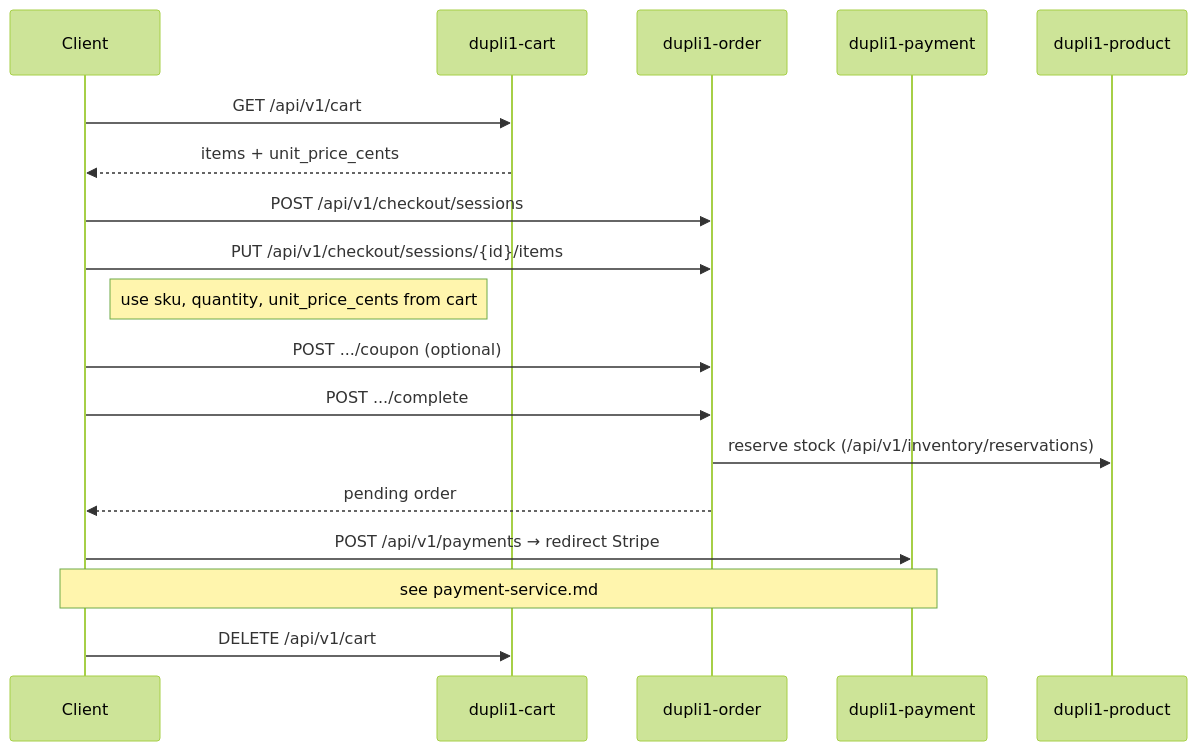
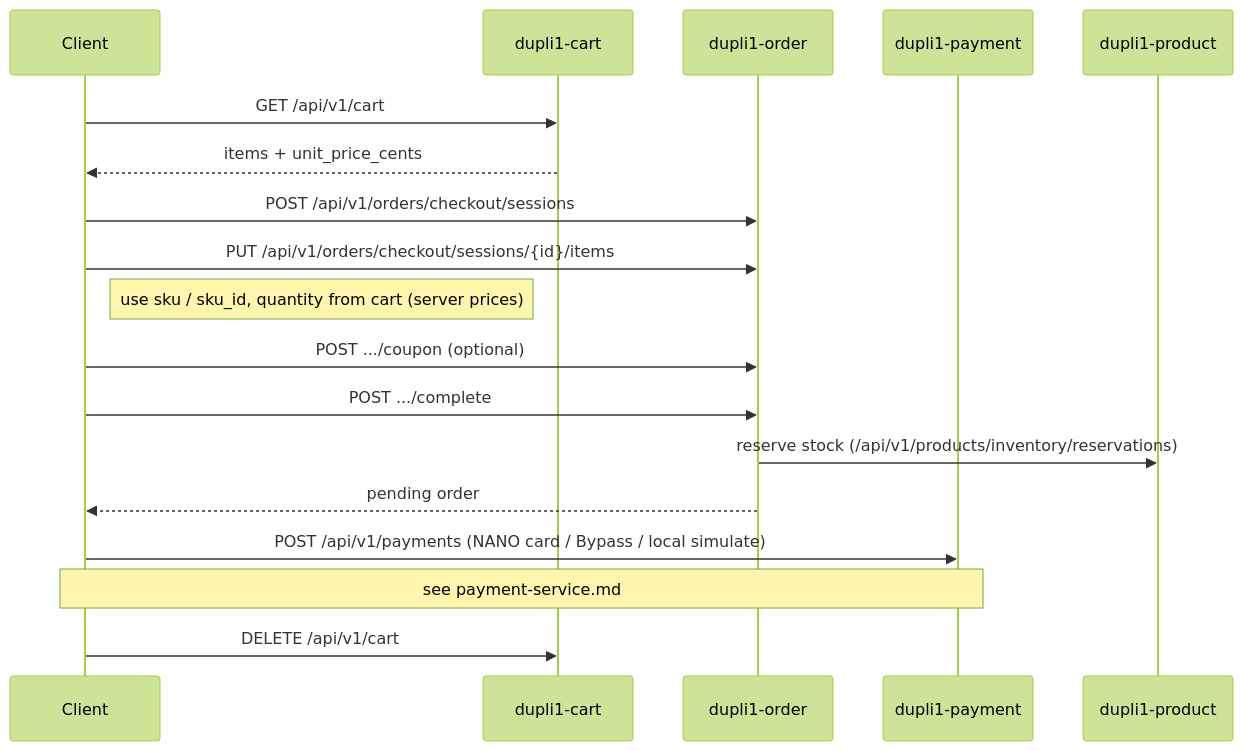
One commit to elug3/dupli1 changed the second of 2 diagrams in docs/cart-service.md. Above: the diagram before and after it, drawn with Mermaid (forest theme). The commit also changed other lines of this file and 22 other files, not shown here.

````diff
--- a/docs/cart-service.md
+++ b/docs/cart-service.md
@@ -239,25 +239,25 @@
 ```mermaid
 sequenceDiagram
     participant Client
     participant Cart as dupli1-cart
     participant Order as dupli1-order
     participant Pay as dupli1-payment
     participant Product as dupli1-product
 
     Client->>Cart: GET /api/v1/cart
     Cart-->>Client: items + unit_price_cents
 
-    Client->>Order: POST /api/v1/checkout/sessions
-    Client->>Order: PUT /api/v1/checkout/sessions/{id}/items
-    Note right of Client: use sku, quantity, unit_price_cents from cart
+    Client->>Order: POST /api/v1/orders/checkout/sessions
+    Client->>Order: PUT /api/v1/orders/checkout/sessions/{id}/items
+    Note right of Client: use sku / sku_id, quantity from cart (server prices)
 
     Client->>Order: POST .../coupon (optional)
     Client->>Order: POST .../complete
-    Order->>Product: reserve stock (/api/v1/inventory/reservations)
+    Order->>Product: reserve stock (/api/v1/products/inventory/reservations)
     Order-->>Client: pending order
 
-    Client->>Pay: POST /api/v1/payments → redirect Stripe
+    Client->>Pay: POST /api/v1/payments (NANO card / Bypass / local simulate)
     Note over Client,Pay: see payment-service.md
 
     Client->>Cart: DELETE /api/v1/cart
 ```
````
